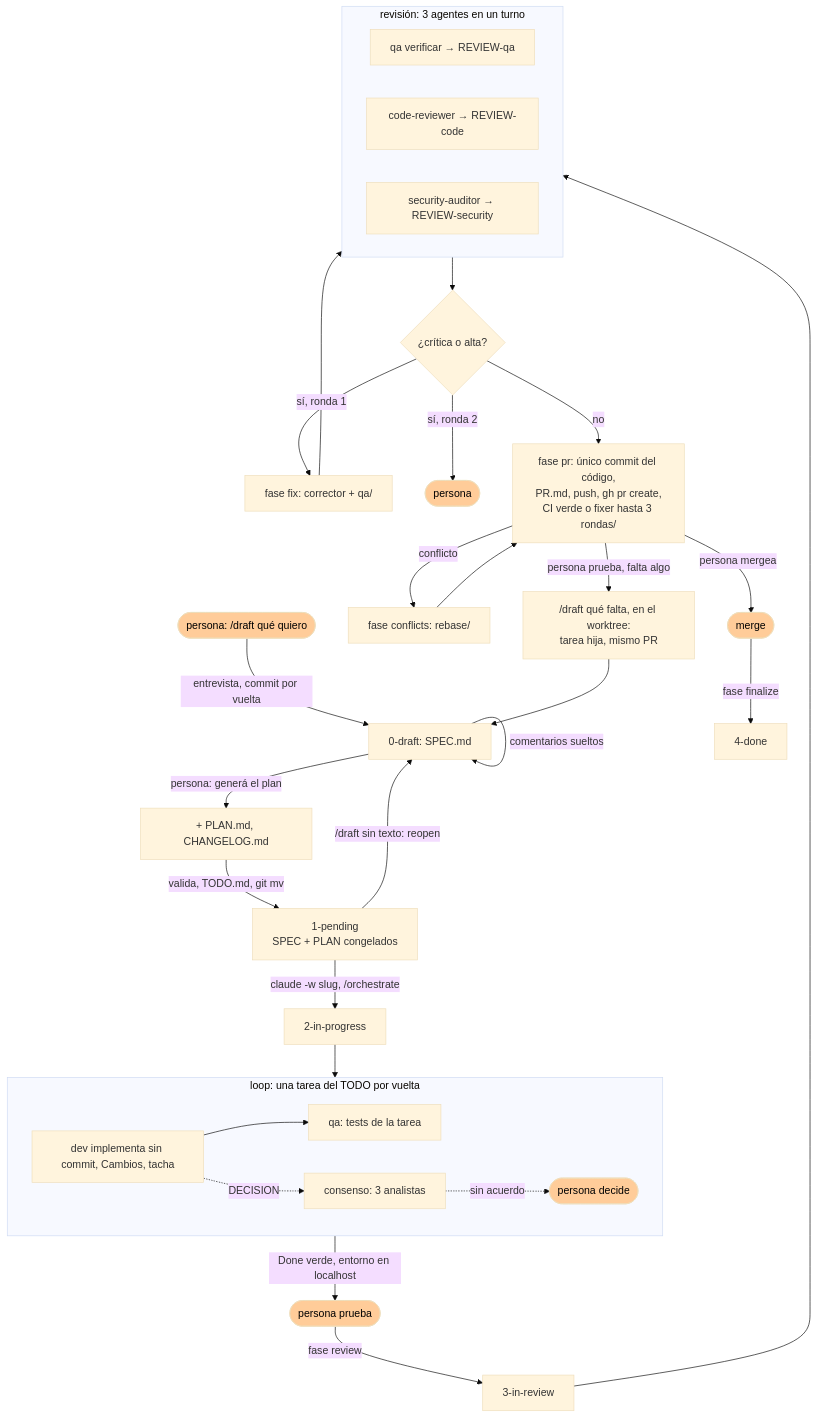
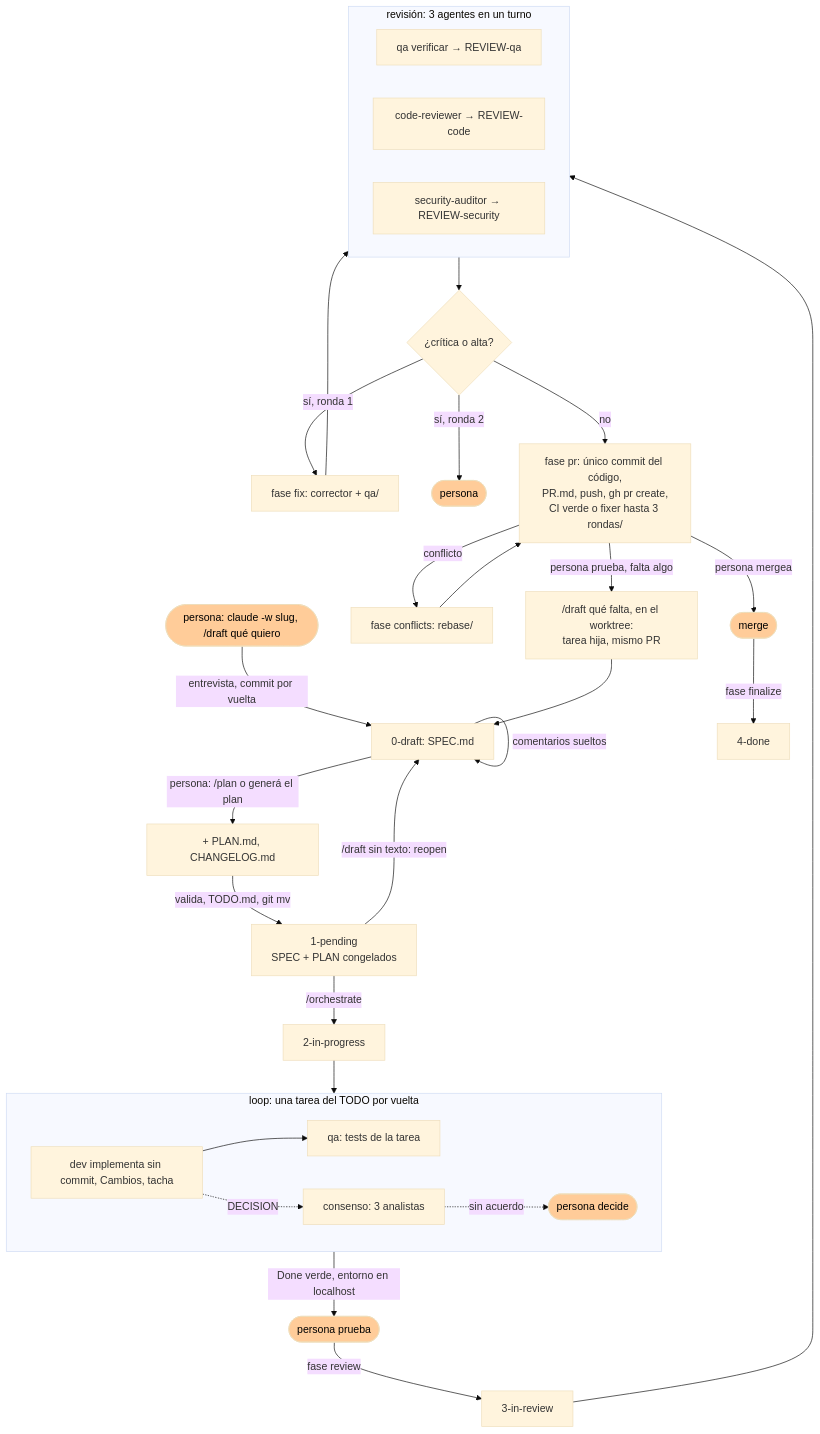
One commit to octavio-parozlabs/mindstack changed the diagram in skills/workflow/SKILL.md. Above: the diagram before and after it, drawn with Mermaid (base theme). The commit also changed other lines of this file and 17 other files, not shown here.

````diff
--- a/skills/workflow/SKILL.md
+++ b/skills/workflow/SKILL.md
@@ -74,32 +68,32 @@
 ```mermaid
 flowchart TD
-    U0([persona: /draft qué quiero]) -->|entrevista, commit por vuelta| S0["0-draft: SPEC.md"]
+    U0([persona: claude -w slug, /draft qué quiero]) -->|entrevista, commit por vuelta| S0["0-draft: SPEC.md"]
     S0 -->|comentarios sueltos| S0
-    S0 -->|persona: generá el plan| P0["+ PLAN.md, CHANGELOG.md"]
+    S0 -->|persona: /plan o generá el plan| P0["+ PLAN.md, CHANGELOG.md"]
     P0 -->|valida, TODO.md, git mv| S1["1-pending<br/>SPEC + PLAN congelados"]
     S1 -->|/draft sin texto: reopen| S0
-    S1 -->|claude -w slug, /orchestrate| S2["2-in-progress"]
+    S1 -->|/orchestrate| S2["2-in-progress"]
     subgraph IMPL["loop: una tarea del TODO por vuelta"]
         D[dev implementa sin commit, Cambios, tacha] --> Q[qa: tests de la tarea]
         D -. DECISION .-> C[consenso: 3 analistas]
         C -. sin acuerdo .-> HU([persona decide])
     end
     S2 --> IMPL
     IMPL -->|Done verde, entorno en localhost| PRUEBA([persona prueba])
     PRUEBA -->|fase review| S3["3-in-review"]
     subgraph REV["revisión: 3 agentes en un turno"]
         R1[qa verificar → REVIEW-qa]
         R2[code-reviewer → REVIEW-code]
         R3[security-auditor → REVIEW-security]
     end
     S3 --> REV --> H{¿crítica o alta?}
     H -->|sí, ronda 1| CO[fase fix: corrector + qa/] --> REV
     H -->|sí, ronda 2| HU2([persona])
     H -->|no| PR[fase pr: único commit del código,\nPR.md, push, gh pr create,\nCI verde o fixer hasta 3 rondas/]
     PR -->|conflicto| CF[fase conflicts: rebase/] --> PR
     PR -->|persona prueba, falta algo| IT["/draft qué falta, en el worktree:
 tarea hija, mismo PR"] --> S0
     PR -->|persona mergea| M([merge]) -->|fase finalize| S4["4-done"]
     classDef persona fill:#fc9,color:#000
     class U0,PRUEBA,HU,HU2,M persona
 ```
````
